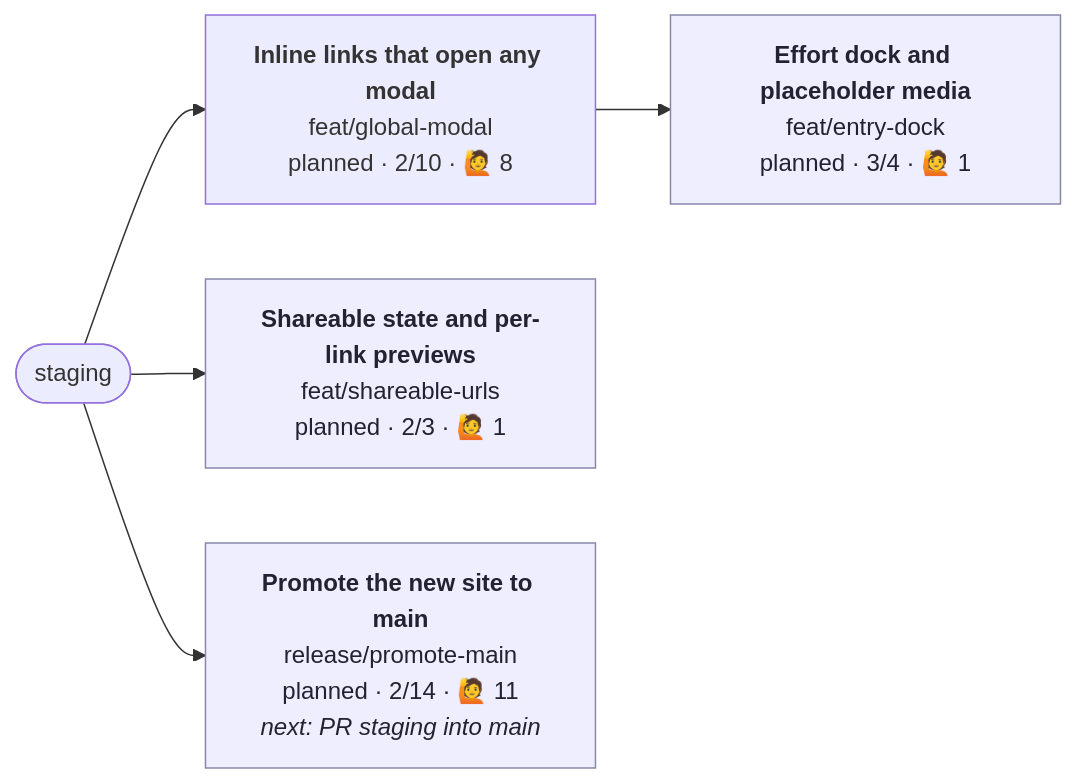
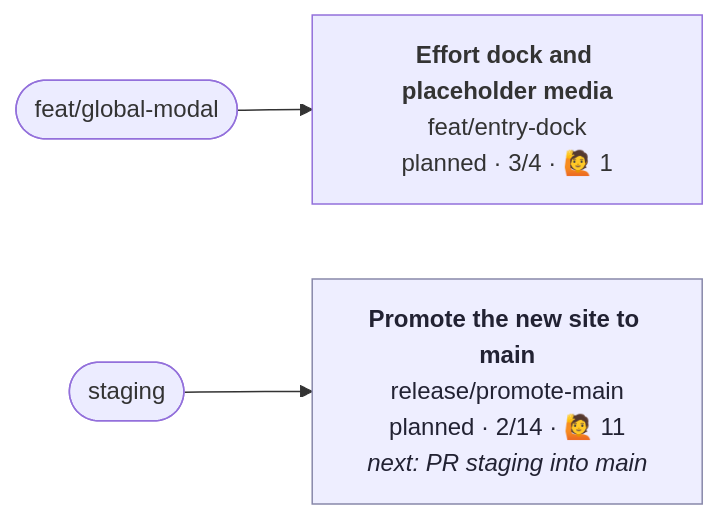
One commit to henryjonescodes/portfolio changed the diagram in CONTRIBUTING.md. Above: the diagram before and after it, drawn with Mermaid. The commit also changed other lines of this file, not shown here.

````diff
--- a/CONTRIBUTING.md
+++ b/CONTRIBUTING.md
@@ -5,21 +5,16 @@
 ```mermaid
 flowchart LR
+  n_feat_global_modal([feat/global-modal])
   n_staging([staging])
   n_feat_entry_dock["<b>Effort dock and placeholder media</b><br/>feat/entry-dock<br/>planned · 3/4 · 🙋 1"]
-  class n_feat_entry_dock planned
+  class n_feat_entry_dock planned,current
   n_feat_global_modal --> n_feat_entry_dock
-  n_feat_global_modal["<b>Inline links that open any modal</b><br/>feat/global-modal<br/>planned · 2/10 · 🙋 8"]
-  class n_feat_global_modal planned,current
-  n_staging --> n_feat_global_modal
-  n_feat_shareable_urls["<b>Shareable state and per-link previews</b><br/>feat/shareable-urls<br/>planned · 2/3 · 🙋 1"]
-  class n_feat_shareable_urls planned
-  n_staging --> n_feat_shareable_urls
   n_release_promote_main["<b>Promote the new site to main</b><br/>release/promote-main<br/>planned · 2/14 · 🙋 11<br/><i>next: PR staging into main</i>"]
   class n_release_promote_main planned
   n_staging --> n_release_promote_main
   classDef planned fill:#eef,stroke:#88a,color:#223
   classDef active fill:#dfd,stroke:#3a3,stroke-width:3px,color:#132
   classDef blocked fill:#fdd,stroke:#c33,color:#311
   classDef review fill:#ffd,stroke:#cc3,color:#331
   classDef current stroke:#06c,stroke-width:4px
 ```
````
